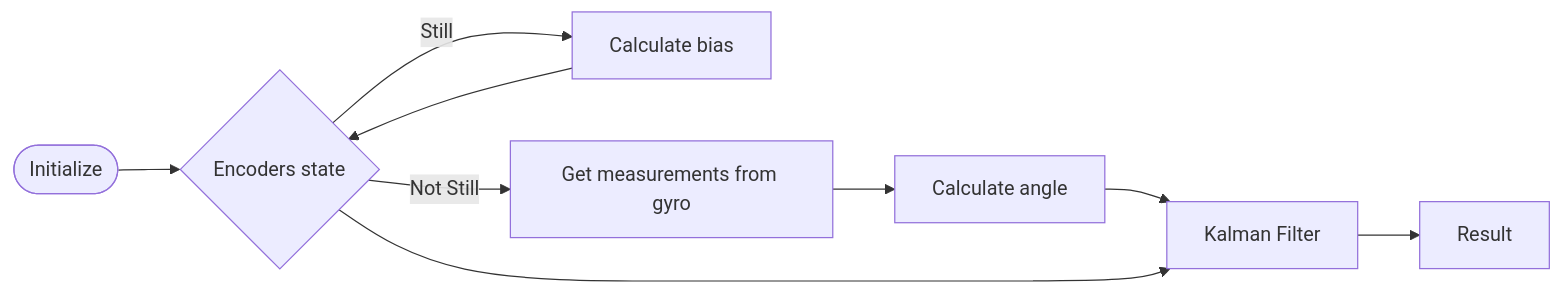
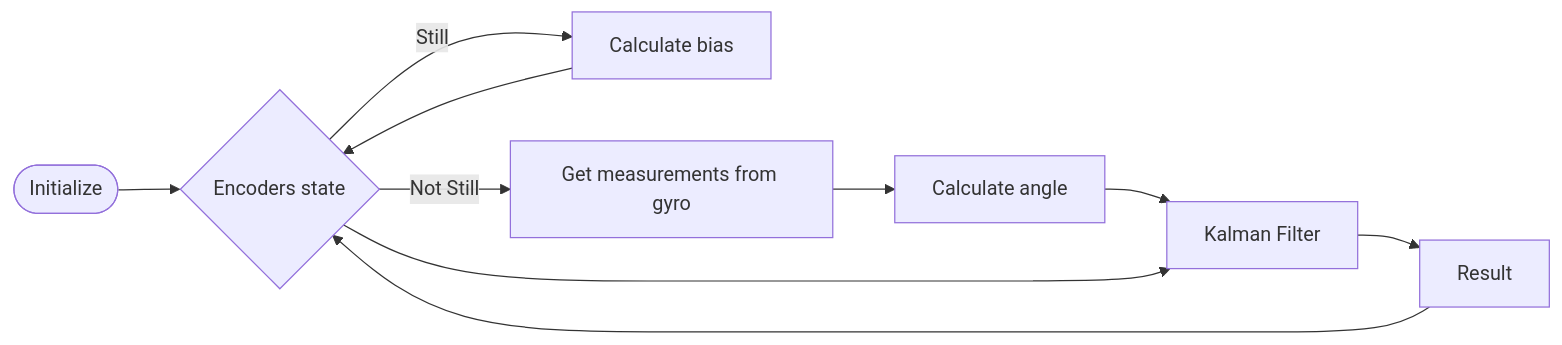
Before and after one commit to LucasTakanori/PAE-HP: the diagram in Gyro_Encoders/README.md, drawn with Mermaid.

````diff
--- a/Gyro_Encoders/README.md
+++ b/Gyro_Encoders/README.md
@@ -73,10 +73,11 @@
 ```mermaid
 flowchart LR
     A([Initialize]) --> B{Encoders state};
     B -- Still -->C[Calculate bias];
     B -- Not Still --> D[Get measurements from gyro];
     C --> B;
     D --> E[Calculate angle];
-    E & B --> F[Kalman Filter]
-    F--> Result
+    E & B --> F[Kalman Filter];
+    F--> G[Result];
+    G --> B;
 ```
````
